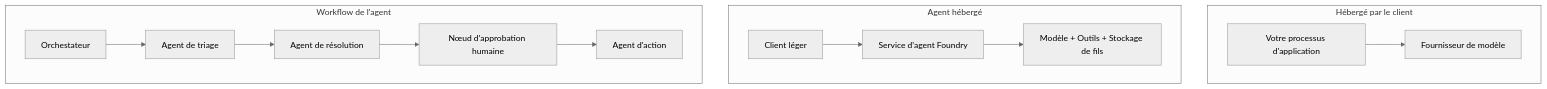
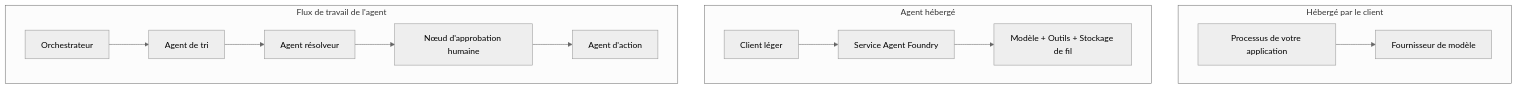
Before and after one commit to gabrielmoreira/agent-skills-mirror: the first of 4 diagrams in mirrors/repos/microsoft@ai-agents-for-beginners/translations/fr/16-deploying-scalable-agents/README.md, drawn with Mermaid (neutral theme). The commit also changed other lines of this file and 4262 other files, not shown here.

````diff
--- a/mirrors/repos/microsoft@ai-agents-for-beginners/translations/fr/16-deploying-scalable-agents/README.md
+++ b/mirrors/repos/microsoft@ai-agents-for-beginners/translations/fr/16-deploying-scalable-agents/README.md
@@ -87,16 +87,16 @@
 ```mermaid
 flowchart TB
     subgraph P1[Hébergé par le client]
-        A1[Votre processus d'application] --> M1[Fournisseur de modèle]
+        A1[Processus de votre application] --> M1[Fournisseur de modèle]
     end
     subgraph P2[Agent hébergé]
-        A2[Client léger] --> F2[Service d'agent Foundry]
-        F2 --> M2[Modèle + Outils + Stockage de fils]
+        A2[Client léger] --> F2[Service Agent Foundry]
+        F2 --> M2[Modèle + Outils + Stockage de fil]
     end
-    subgraph P3[Workflow de l'agent]
-        A3[Orchestateur] --> S1[Agent de triage]
-        S1 --> S2[Agent de résolution]
+    subgraph P3[Flux de travail de l'agent]
+        A3[Orchestrateur] --> S1[Agent de tri]
+        S1 --> S2[Agent résolveur]
         S2 --> H[Nœud d'approbation humaine]
         H --> S3[Agent d'action]
     end
 ```
````
